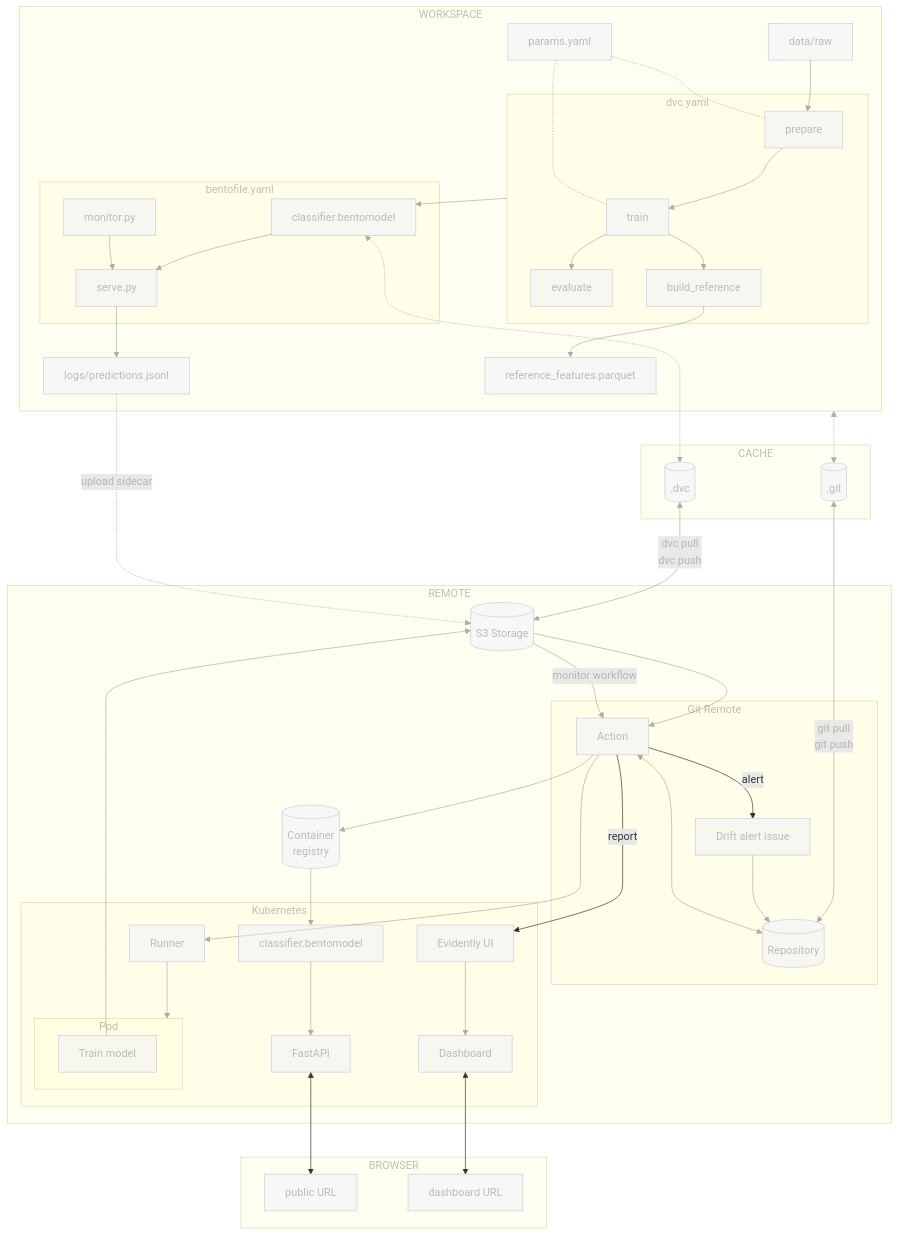
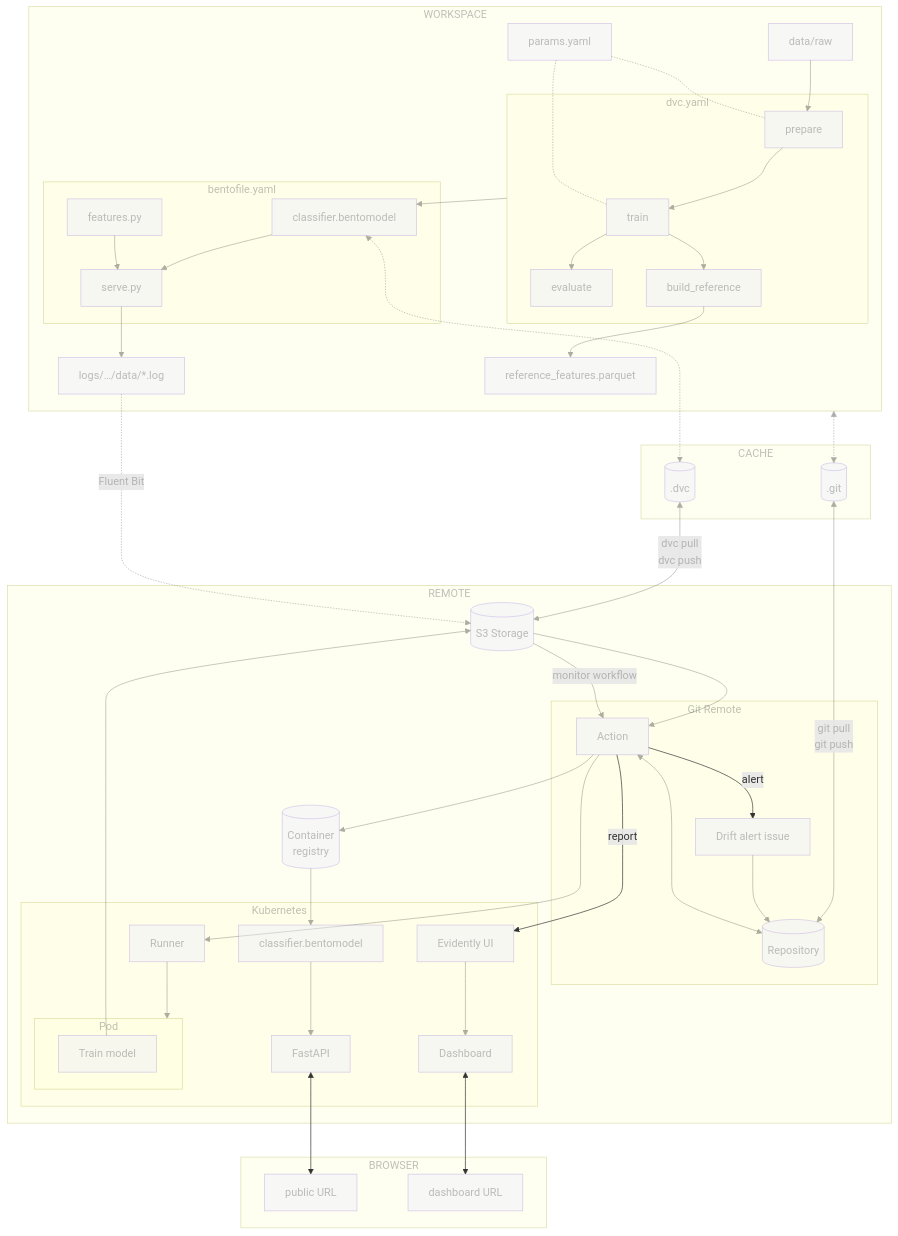
The diagram in docs/part-4-monitor-and-maintain/conclusion.md (swiss-ai-center/a-guide-to-mlops), drawn with Mermaid before and after one commit. The commit also changed other lines of this file and 1 other file, not shown here.

```diff
--- a/docs/part-4-monitor-and-maintain/conclusion.md
+++ b/docs/part-4-monitor-and-maintain/conclusion.md
@@ -37,9 +37,9 @@
         dvcGraph --> bento_model[classifier.bentomodel]
         subgraph bentoGraph[bentofile.yaml]
             bento_model --> serve[serve.py]
-            monitor[monitor.py] --> serve
+            features[features.py] --> serve
         end
-        serve --> drift_logs[logs/predictions.jsonl]
+        serve --> drift_logs["logs/…/data/*.log"]
         bento_model <-.-> dot_dvc
 
         data --> prepare
@@ -76,7 +76,7 @@
                   registry)] --> bento_service_cluster
     end
 
-    drift_logs -.->|upload sidecar| s3_storage
+    drift_logs -.->|Fluent Bit| s3_storage
     s3_storage -->|monitor workflow| action
     action -->|report| evidently_ui
     action -->|alert| issue
@@ -103,7 +103,7 @@
     style bentoGraph opacity:0.4,color:#7f7f7f80
     style bento_model opacity:0.4,color:#7f7f7f80
     style serve opacity:0.4,color:#7f7f7f80
-    style monitor opacity:0.4,color:#7f7f7f80
+    style features opacity:0.4,color:#7f7f7f80
     style drift_logs opacity:0.4,color:#7f7f7f80
     style reference_features opacity:0.4,color:#7f7f7f80
     style dot_git opacity:0.4,color:#7f7f7f80
```
